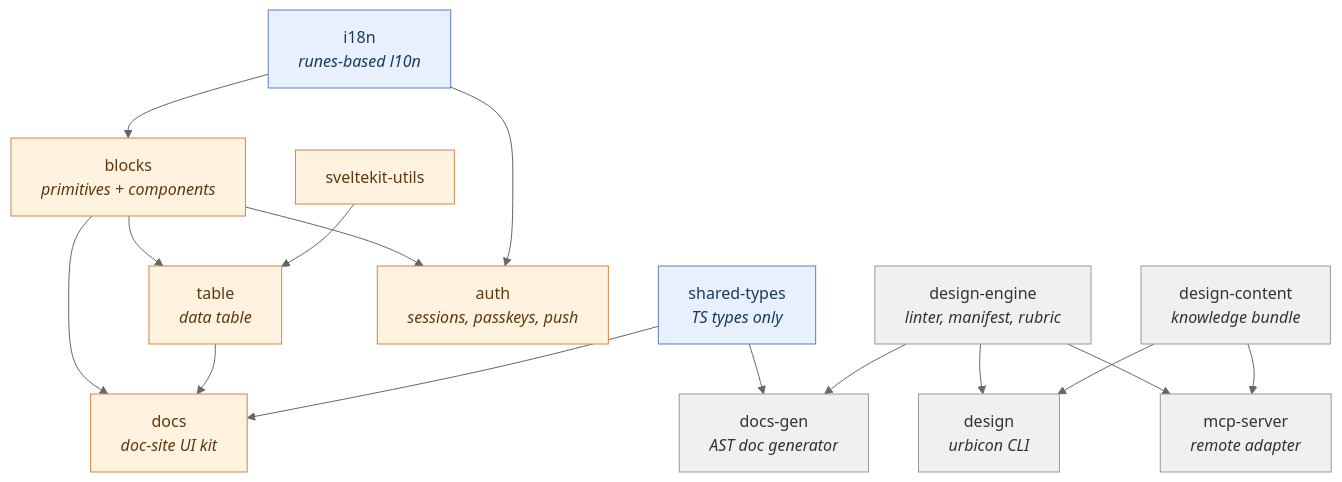
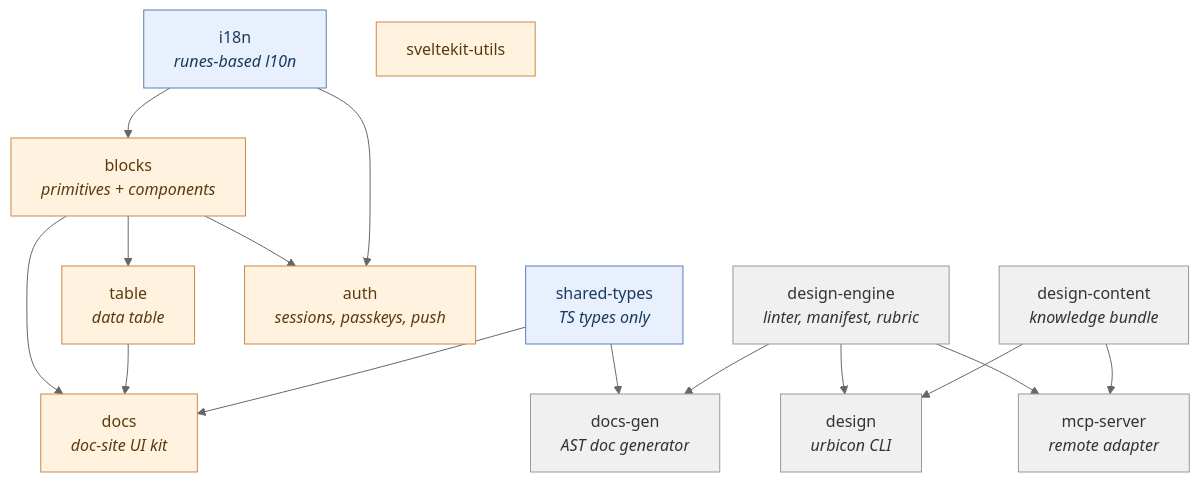
One commit to urbicon/ui changed the first of 5 diagrams in docs/ARCHITECTURE.md. Above: the diagram before and after it, drawn with Mermaid (neutral theme). The commit also changed other lines of this file and 19 other files, not shown here.

````diff
--- a/docs/ARCHITECTURE.md
+++ b/docs/ARCHITECTURE.md
@@ -29,37 +33,36 @@
 ```mermaid
 graph TD
     ST[shared-types<br/><i>TS types only</i>]
     I18N[i18n<br/><i>runes-based l10n</i>]
     BL[blocks<br/><i>primitives + components</i>]
     TB[table<br/><i>data table</i>]
     AU[auth<br/><i>sessions, passkeys, push</i>]
     SKU[sveltekit-utils]
     DOCS[docs<br/><i>doc-site UI kit</i>]
     DG[docs-gen<br/><i>AST doc generator</i>]
     DE[design-engine<br/><i>linter, manifest, rubric</i>]
     DC[design-content<br/><i>knowledge bundle</i>]
     DES[design<br/><i>urbicon CLI</i>]
     MCP[mcp-server<br/><i>remote adapter</i>]
 
     I18N --> BL
     BL --> TB
-    SKU --> TB
     BL --> AU
     I18N --> AU
     BL --> DOCS
     TB --> DOCS
     ST --> DOCS
     ST --> DG
     DE --> DG
     DE --> DES
     DC --> DES
     DE --> MCP
     DC --> MCP
 
     classDef found fill:#e8f0fe,stroke:#5b7fb9,color:#1a3a5c
     classDef lib fill:#fff3e0,stroke:#c9884a,color:#5c3a10
     classDef tool fill:#f0f0f0,stroke:#999,color:#333
     class ST,I18N found
     class BL,TB,AU,SKU,DOCS lib
     class DG,DE,DC,DES,MCP tool
 ```
````
